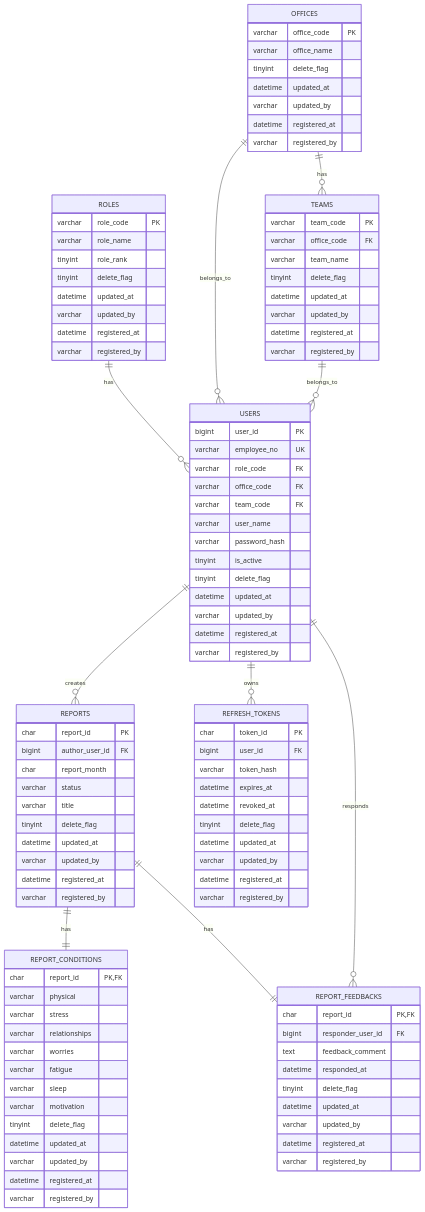
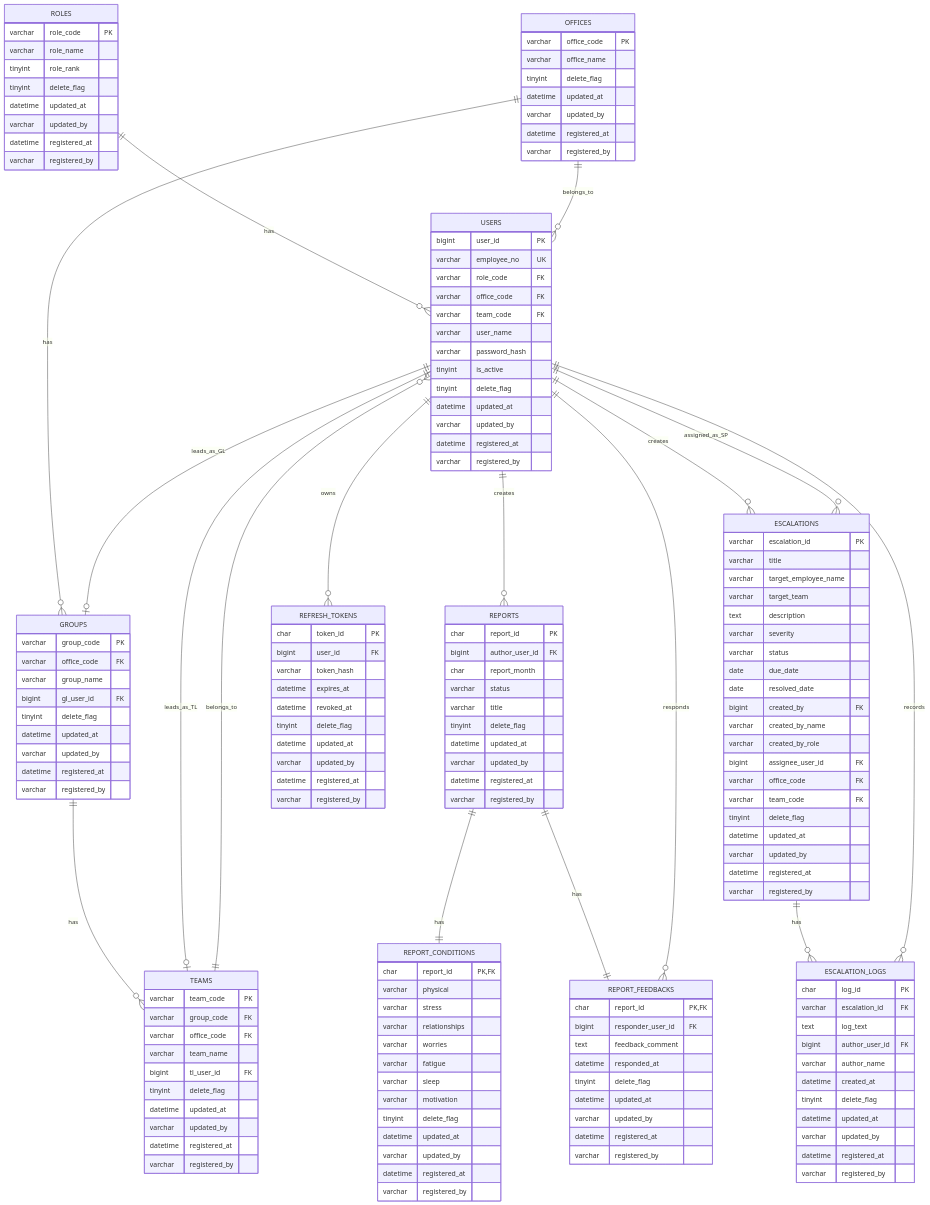
Before and after one commit to iincho223/MonthlyReport: the diagram in doc/システム要件定義/DB設計.md, drawn with Mermaid. The commit also changed other lines of this file and 49 other files, not shown here.

````diff
--- a/doc/システム要件定義/DB設計.md
+++ b/doc/システム要件定義/DB設計.md
@@ -53,12 +64,19 @@
 erDiagram
   ROLES ||--o{ USERS : has
   OFFICES ||--o{ USERS : belongs_to
-  OFFICES ||--o{ TEAMS : has
+  OFFICES ||--o{ GROUPS : has
+  GROUPS ||--o{ TEAMS : has
   TEAMS ||--o{ USERS : belongs_to
+  USERS ||--o| GROUPS : leads_as_GL
+  USERS ||--o| TEAMS : leads_as_TL
   USERS ||--o{ REPORTS : creates
   REPORTS ||--|| REPORT_CONDITIONS : has
   REPORTS ||--|| REPORT_FEEDBACKS : has
   USERS ||--o{ REPORT_FEEDBACKS : responds
+  USERS ||--o{ ESCALATIONS : creates
+  USERS ||--o{ ESCALATIONS : assigned_as_SP
+  ESCALATIONS ||--o{ ESCALATION_LOGS : has
+  USERS ||--o{ ESCALATION_LOGS : records
   USERS ||--o{ REFRESH_TOKENS : owns
 
   ROLES {
@@ -82,10 +100,24 @@
     varchar registered_by
   }
 
+  GROUPS {
+    varchar group_code PK
+    varchar office_code FK
+    varchar group_name
+    bigint gl_user_id FK
+    tinyint delete_flag
+    datetime updated_at
+    varchar updated_by
+    datetime registered_at
+    varchar registered_by
+  }
+
   TEAMS {
     varchar team_code PK
+    varchar group_code FK
     varchar office_code FK
     varchar team_name
+    bigint tl_user_id FK
     tinyint delete_flag
     datetime updated_at
     varchar updated_by
@@ -162,4 +194,41 @@
     datetime registered_at
     varchar registered_by
   }
+
+  ESCALATIONS {
+    varchar escalation_id PK
+    varchar title
+    varchar target_employee_name
+    varchar target_team
+    text description
+    varchar severity
+    varchar status
+    date due_date
+    date resolved_date
+    bigint created_by FK
+    varchar created_by_name
+    varchar created_by_role
+    bigint assignee_user_id FK
+    varchar office_code FK
+    varchar team_code FK
+    tinyint delete_flag
+    datetime updated_at
+    varchar updated_by
+    datetime registered_at
+    varchar registered_by
+  }
+
+  ESCALATION_LOGS {
+    char log_id PK
+    varchar escalation_id FK
+    text log_text
+    bigint author_user_id FK
+    varchar author_name
+    datetime created_at
+    tinyint delete_flag
+    datetime updated_at
+    varchar updated_by
+    datetime registered_at
+    varchar registered_by
+  }
 ```
````
